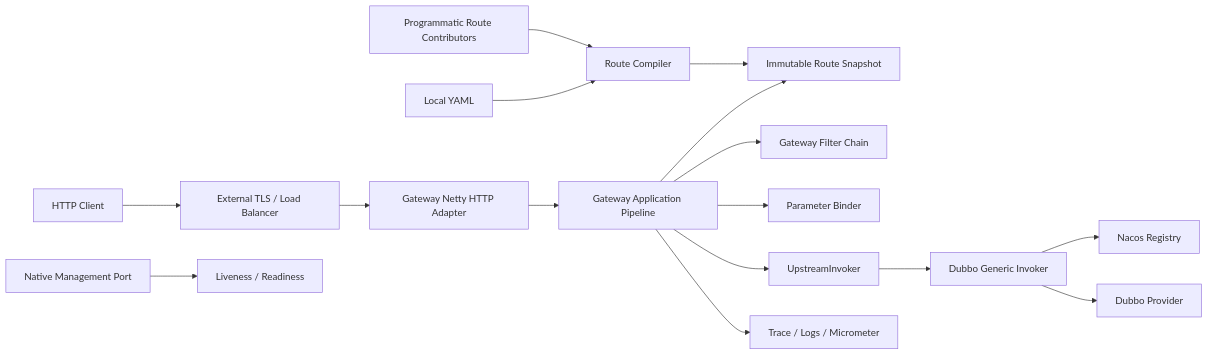
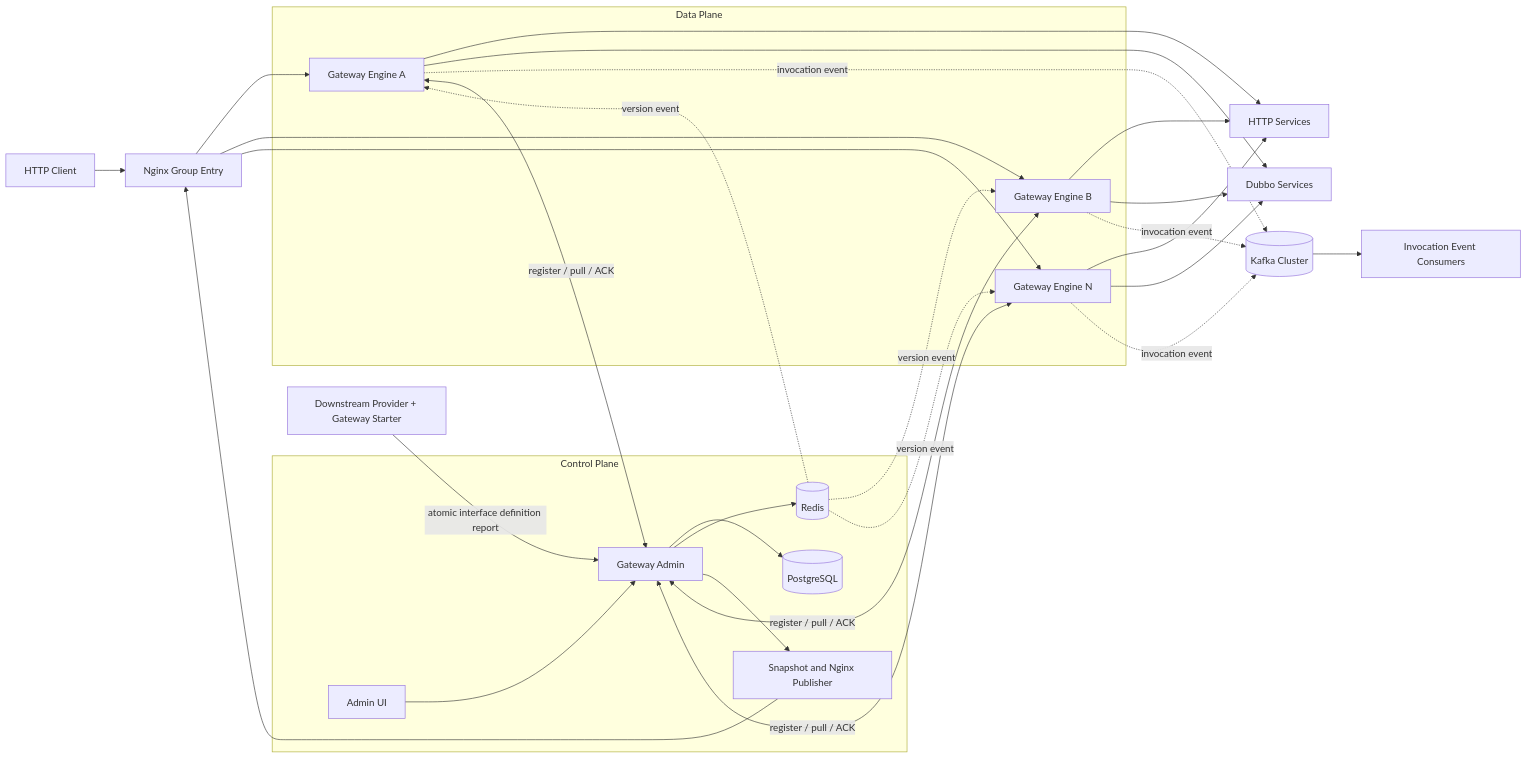
One commit to AllenDEricDAlexander/Egon-COLA changed the first of 5 diagrams in docs/superpowers/specs/2026-07-24-gateway-component-design.md. Above: the diagram before and after it, drawn with Mermaid. The commit also changed other lines of this file, not shown here.

Commit message:
docs: expand gateway platform design spec

````diff
--- a/docs/superpowers/specs/2026-07-24-gateway-component-design.md
+++ b/docs/superpowers/specs/2026-07-24-gateway-component-design.md
@@ -317,18 +237,51 @@
 ```mermaid
 flowchart LR
-    Client["HTTP Client"] --> LB["External TLS / Load Balancer"]
-    LB --> Netty["Gateway Netty HTTP Adapter"]
-    Netty --> Pipeline["Gateway Application Pipeline"]
-    Pipeline --> Snapshot["Immutable Route Snapshot"]
-    Pipeline --> Filters["Gateway Filter Chain"]
-    Pipeline --> Binder["Parameter Binder"]
-    Pipeline --> Invoker["UpstreamInvoker"]
-    Invoker --> Dubbo["Dubbo Generic Invoker"]
-    Dubbo --> Nacos["Nacos Registry"]
-    Dubbo --> Provider["Dubbo Provider"]
-    Local["Local YAML"] --> Compiler["Route Compiler"]
-    Beans["Programmatic Route Contributors"] --> Compiler
-    Compiler --> Snapshot
-    Pipeline --> Obs["Trace / Logs / Micrometer"]
-    Management["Native Management Port"] --> Health["Liveness / Readiness"]
+    Client["HTTP Client"] --> Nginx["Nginx Group Entry"]
+
+    subgraph DataPlane["Data Plane"]
+        E1["Gateway Engine A"]
+        E2["Gateway Engine B"]
+        EN["Gateway Engine N"]
+    end
+
+    Nginx --> E1
+    Nginx --> E2
+    Nginx --> EN
+
+    E1 --> HttpUpstream["HTTP Services"]
+    E2 --> HttpUpstream
+    EN --> HttpUpstream
+    E1 --> DubboUpstream["Dubbo Services"]
+    E2 --> DubboUpstream
+    EN --> DubboUpstream
+
+    Kafka[("Kafka Cluster")]
+    Consumer["Invocation Event Consumers"]
+    E1 -. "invocation event" .-> Kafka
+    E2 -. "invocation event" .-> Kafka
+    EN -. "invocation event" .-> Kafka
+    Kafka --> Consumer
+
+    subgraph ControlPlane["Control Plane"]
+        Admin["Gateway Admin"]
+        PostgreSQL[("PostgreSQL")]
+        Redis[("Redis")]
+        UI["Admin UI"]
+        Publisher["Snapshot and Nginx Publisher"]
+    end
+
+    UI --> Admin
+    Admin --> PostgreSQL
+    Admin --> Redis
+    Admin --> Publisher
+    Publisher --> Nginx
+
+    E1 <-->|"register / pull / ACK"| Admin
+    E2 <-->|"register / pull / ACK"| Admin
+    EN <-->|"register / pull / ACK"| Admin
+    Redis -. "version event" .-> E1
+    Redis -. "version event" .-> E2
+    Redis -. "version event" .-> EN
+
+    Provider["Downstream Provider + Gateway Starter"] -->|"atomic interface definition report"| Admin
 ```
````
